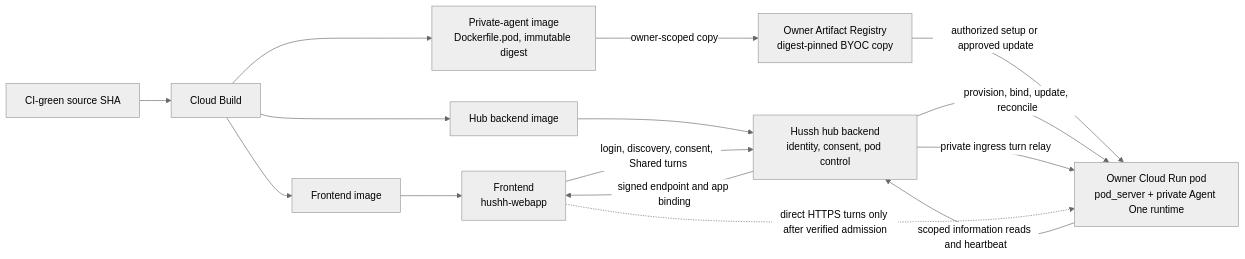
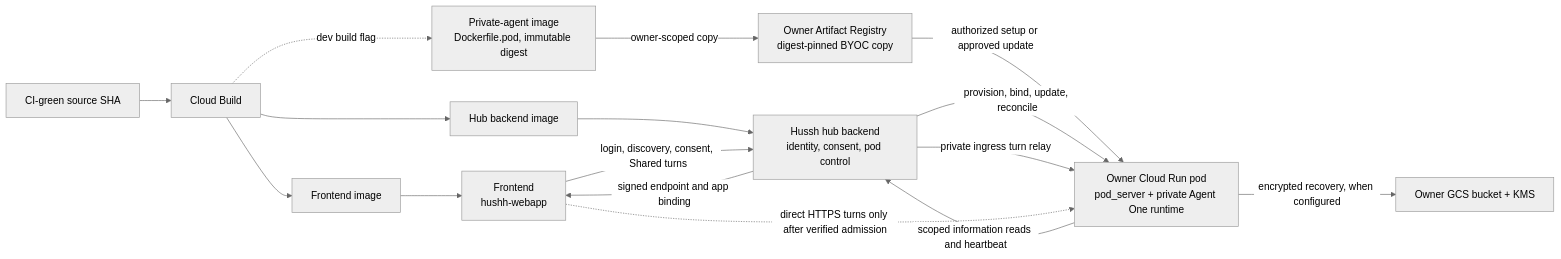
Diagram 13 of 14 in docs/reference/architecture/architecture-view-catalog.md (hushh-labs/hushh-research), drawn with Mermaid (neutral theme) before and after one commit. The commit also changed other lines of this file and 6 other files, not shown here.

Commit message:
docs: review founder and CTO architecture diagrams

````diff
--- a/docs/reference/architecture/architecture-view-catalog.md
+++ b/docs/reference/architecture/architecture-view-catalog.md
@@ -728,17 +760,20 @@
 ```mermaid
 flowchart LR
+  accTitle: Dev BYOC image and private agent flow
+  accDescr: Conditional pod image build, owner registry copy, Hussh hub control, and admitted direct turns.
   source["CI-green source SHA"] --> build["Cloud Build"]
   build --> webImage["Frontend image"]
   build --> hubImage["Hub backend image"]
-  build --> podImage["Private-agent image<br/>Dockerfile.pod, immutable digest"]
+  build -.->|"dev build flag"| podImage["Private-agent image<br/>Dockerfile.pod, immutable digest"]
   webImage --> web["Frontend<br/>hushh-webapp"]
   hubImage --> hub["Hussh hub backend<br/>identity, consent, pod control"]
   podImage -->|"owner-scoped copy"| ownerRegistry["Owner Artifact Registry<br/>digest-pinned BYOC copy"]
   ownerRegistry -->|"authorized setup or approved update"| pod["Owner Cloud Run pod<br/>pod_server + private Agent One runtime"]
+  pod -->|"encrypted recovery, when configured"| ownerStore["Owner GCS bucket + KMS"]
   web -->|"login, discovery, consent, Shared turns"| hub
   hub -->|"provision, bind, update, reconcile"| pod
   hub -->|"private ingress turn relay"| pod
   pod -->|"scoped information reads and heartbeat"| hub
   hub -->|"signed endpoint and app binding"| web
   web -.->|"direct HTTPS turns only after verified admission"| pod
 ```
````
